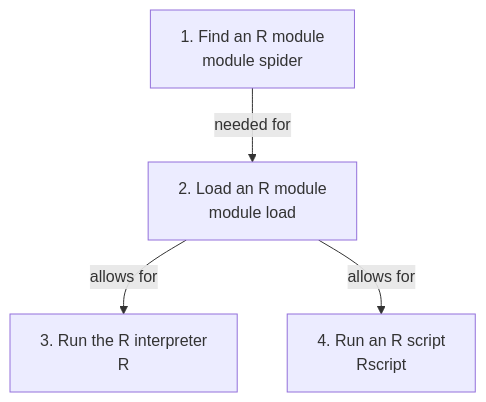
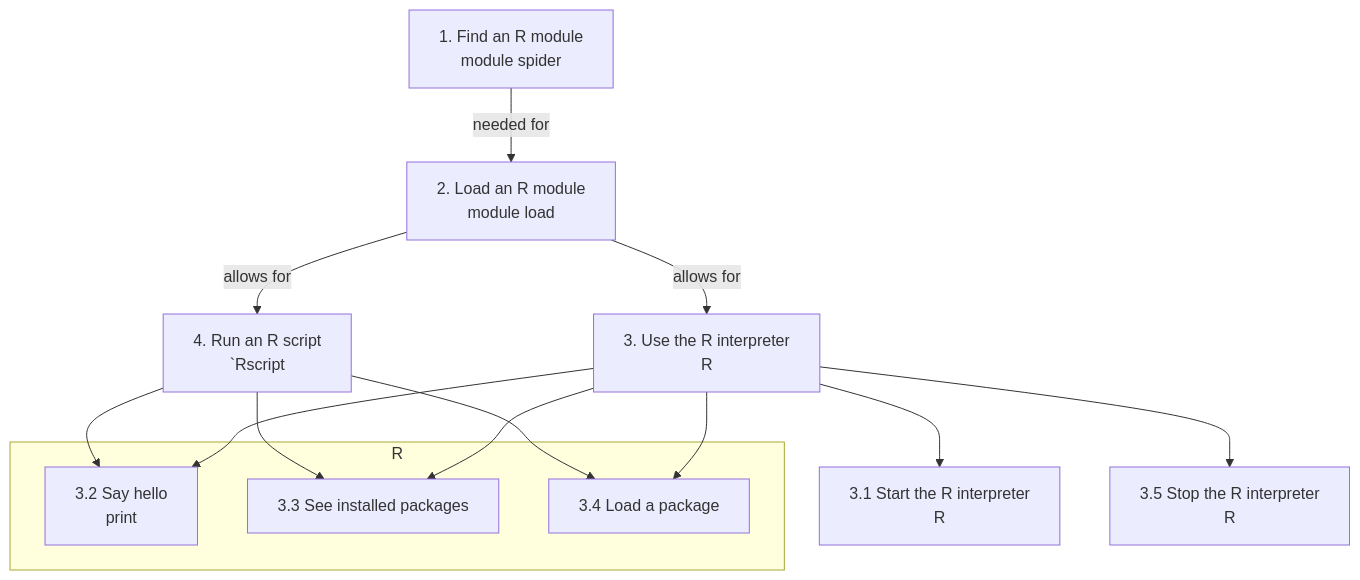
One commit to UPPMAX/R-python-julia-matlab-HPC changed the diagram in docs/r/load_run_r_overview.mmd. Above: the diagram before and after it, drawn with Mermaid. The commit also changed other lines of this file, not shown here.

Commit message:
Improve overview

```diff
--- a/docs/r/load_run_r_overview.mmd
+++ b/docs/r/load_run_r_overview.mmd
@@ -1,10 +1,28 @@
 flowchart TD
 
   find_r_module[1. Find an R module\nmodule spider]
   load_r_module[2. Load an R module\nmodule load]
-  run_r_interpreter[3. Run the R interpreter\nR]
-  run_r_script[4. Run an R script\nRscript]
+  use_r_interpreter[3. Use the R interpreter\nR]
+  start_r_interpreter[3.1 Start the R interpreter\nR]
+  subgraph R
+    say_hello[3.2 Say hello\nprint]
+    see_installed_packages[3.3 See installed packages]
+    load_package[3.4 Load a package]
+  end
+  stop_r_interpreter[3.5 Stop the R interpreter\nR]
+  run_r_script[4. Run an R script\n`Rscript]
 
   find_r_module --> |needed for| load_r_module
-  load_r_module --> |allows for| run_r_interpreter
+  load_r_module --> |allows for| use_r_interpreter
   load_r_module --> |allows for| run_r_script  
+
+  use_r_interpreter --> start_r_interpreter
+  use_r_interpreter --> say_hello
+  use_r_interpreter --> see_installed_packages
+  use_r_interpreter --> load_package
+  use_r_interpreter --> stop_r_interpreter
+
+  
+  run_r_script --> say_hello
+  run_r_script --> see_installed_packages
+  run_r_script --> load_package
```
